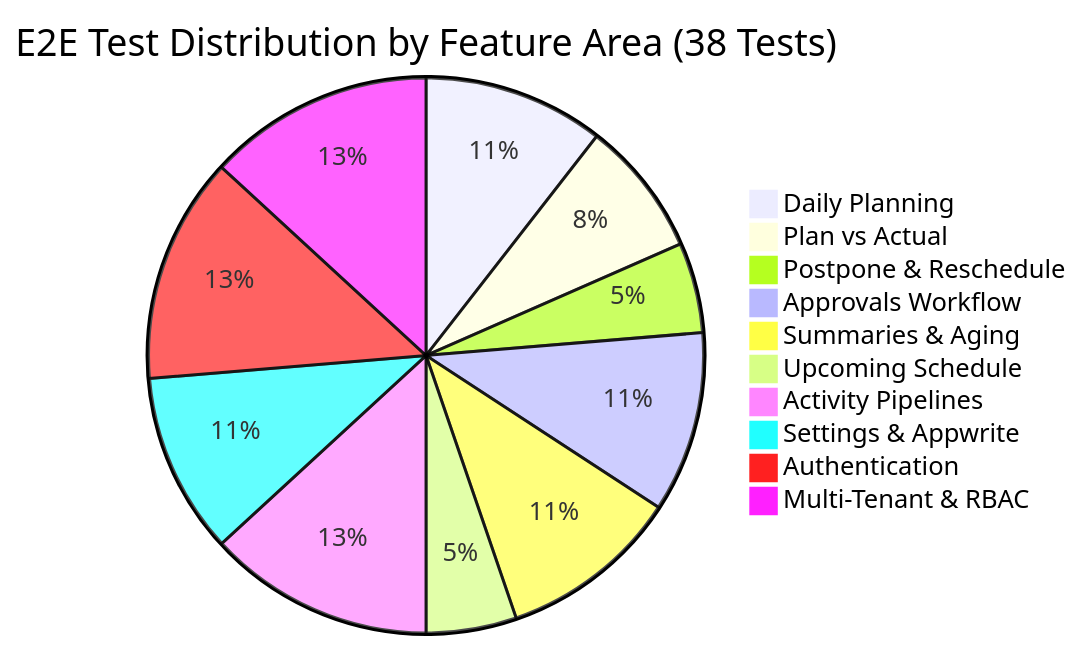
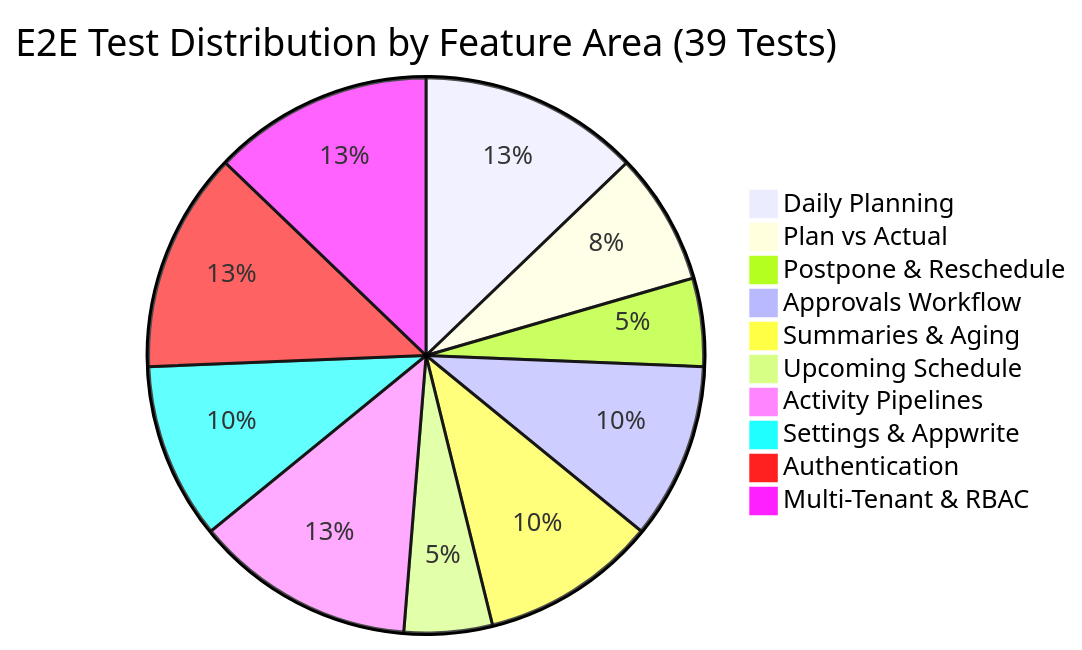
One commit to Santheepkumar/dwm changed the diagram in docs/E2E_TEST_SUITES.md. Above: the diagram before and after it, drawn with Mermaid. The commit also changed other lines of this file and 10 other files, not shown here.

````diff
--- a/docs/E2E_TEST_SUITES.md
+++ b/docs/E2E_TEST_SUITES.md
@@ -29,13 +29,13 @@
 ```mermaid
-pie title E2E Test Distribution by Feature Area (38 Tests)
-    "Daily Planning" : 4
+pie title E2E Test Distribution by Feature Area (39 Tests)
+    "Daily Planning" : 5
     "Plan vs Actual" : 3
     "Postpone & Reschedule" : 2
     "Approvals Workflow" : 4
     "Summaries & Aging" : 4
     "Upcoming Schedule" : 2
     "Activity Pipelines" : 5
     "Settings & Appwrite" : 4
     "Authentication" : 5
     "Multi-Tenant & RBAC" : 5
 ```
````
